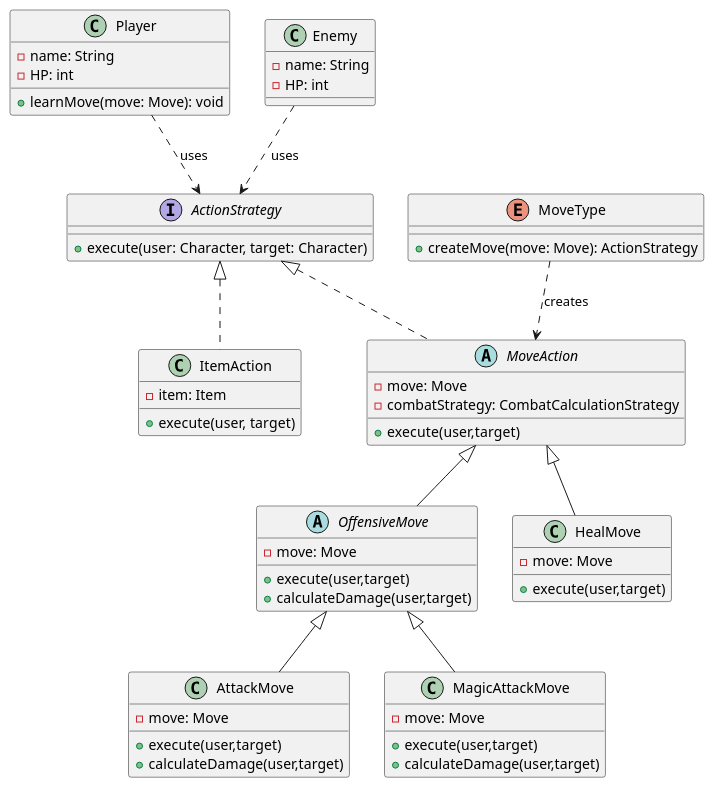
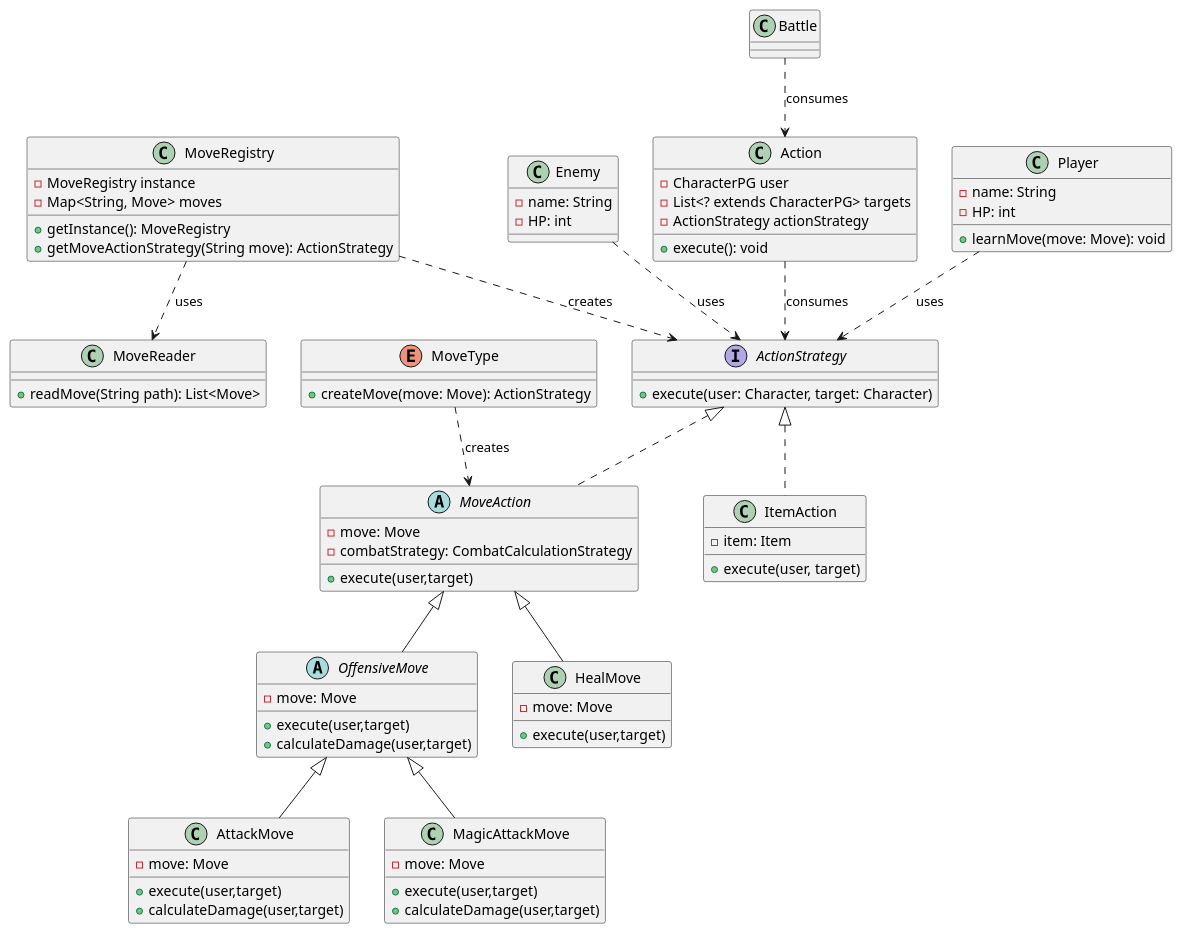
The diagram in user_stories_pml/Combat_System.puml (samMM-cs/iss-team2), drawn with PlantUML before and after one commit. The commit also changed 3 other files, not shown here.

Commit message:
updated uml and pptx

```diff
--- a/user_stories_pml/Combat_System.puml
+++ b/user_stories_pml/Combat_System.puml
@@ -1,60 +1,84 @@
 @startuml Combat_System e Character_Evolution Strategy + Observer
 
 'Il Pattern Strategy è utilizzato per modellare le mosse come comportamenti intercambiabili, permettendo al Player di variare dinamicamente il proprio comportamento senza modificare la sua struttura.'
 class Player{
     - name: String
     - HP: int
     +learnMove(move: Move): void
 }
 
 class Enemy{
     - name: String
     - HP: int
 }
 
 interface ActionStrategy{
     + execute(user: Character, target: Character)
 }
 
 enum MoveType{
     +createMove(move: Move): ActionStrategy
 }
 
 abstract class MoveAction implements ActionStrategy{
     - move: Move
     - combatStrategy: CombatCalculationStrategy
     + execute(user,target)
 }
 
 abstract class OffensiveMove extends MoveAction {
     - move: Move
     + execute(user,target)
     + calculateDamage(user,target)
 }
 
 class AttackMove extends OffensiveMove {
     - move: Move
     + execute(user,target)
     + calculateDamage(user,target)
 }
 
 class HealMove extends MoveAction {
     - move: Move
     + execute(user,target)
 }
 
 class MagicAttackMove extends OffensiveMove {
     - move: Move
     + execute(user,target)
     + calculateDamage(user,target)
 }
 
 class ItemAction implements ActionStrategy{
     - item: Item
     + execute(user, target)
 }
 
+class MoveReader {
+    + readMove(String path): List<Move>
+}
+
+class MoveRegistry {
+    - MoveRegistry instance
+    - Map<String, Move> moves
+    + getInstance(): MoveRegistry
+    + getMoveActionStrategy(String move): ActionStrategy
+}
+
+class Action {
+    - CharacterPG user
+    - List<? extends CharacterPG> targets
+    - ActionStrategy actionStrategy
+    + execute(): void
+}
+
 Player ..> ActionStrategy : uses
 Enemy..>ActionStrategy : uses
 MoveType..>MoveAction: creates
+
+MoveRegistry ..> MoveReader : uses
+MoveRegistry ..> ActionStrategy : creates
+
+Action ..> ActionStrategy : consumes
+Battle ..> Action : consumes
 @enduml
```
